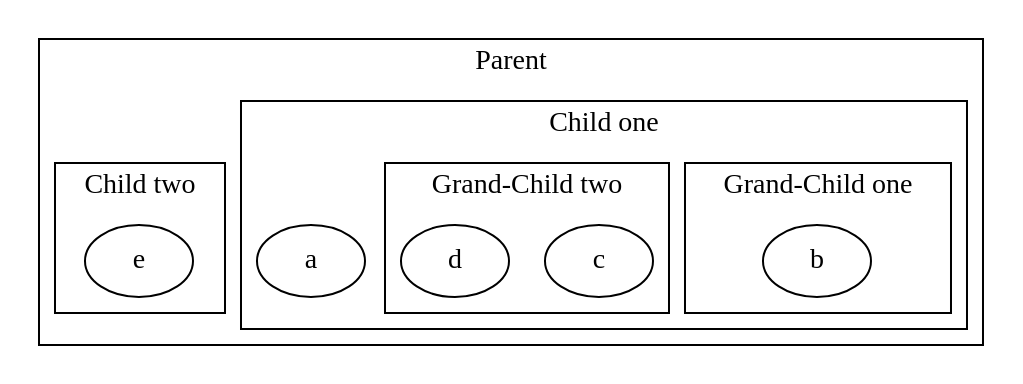
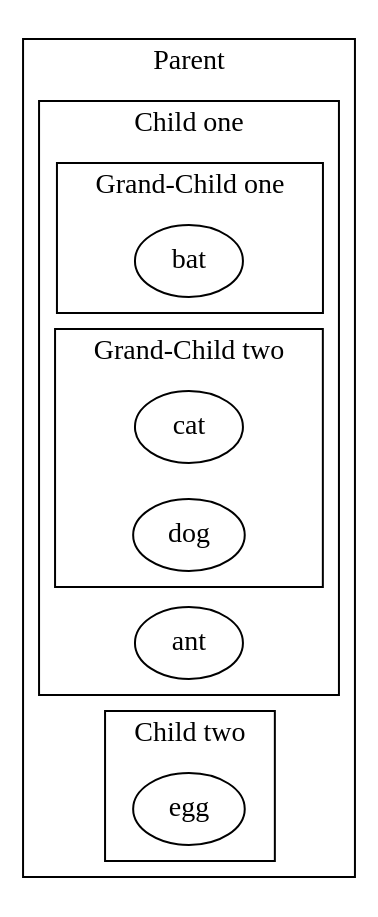
The diagram in apps/BlockTool/x.dot (assignonward/aosuite), drawn with Graphviz before and after one commit. The commit also changed 9 other files, not shown here.

```diff
--- a/apps/BlockTool/x.dot
+++ b/apps/BlockTool/x.dot
@@ -1,27 +1,28 @@
 digraph D {
+rankdir=LR;
 
   subgraph cluster_p {
     label = "Parent";
 
     subgraph cluster_c1 {
       label = "Child one";
-      a;
+      ant;
 
-      subgraph cluster_gc_1 {
+      subgraph cluster_gc1 {
         label = "Grand-Child one";
-         b;
+         bat;
       }
-      subgraph cluster_gc_2 {
+      subgraph cluster_gc2 {
         label = "Grand-Child two";
-          c;
-          d;
+          cat;
+          dog;
       }
 
     }
 
     subgraph cluster_c2 {
       label = "Child two";
-      e;
+      egg;
     }
   }
 } 
```
